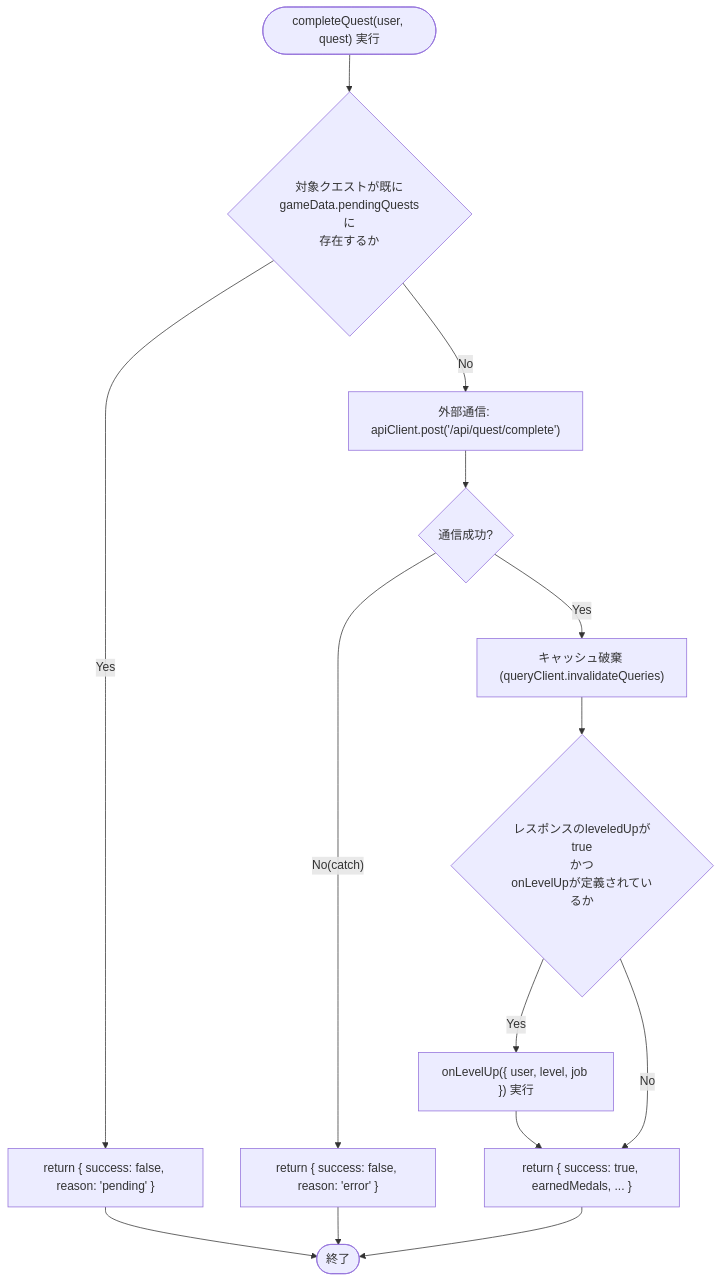
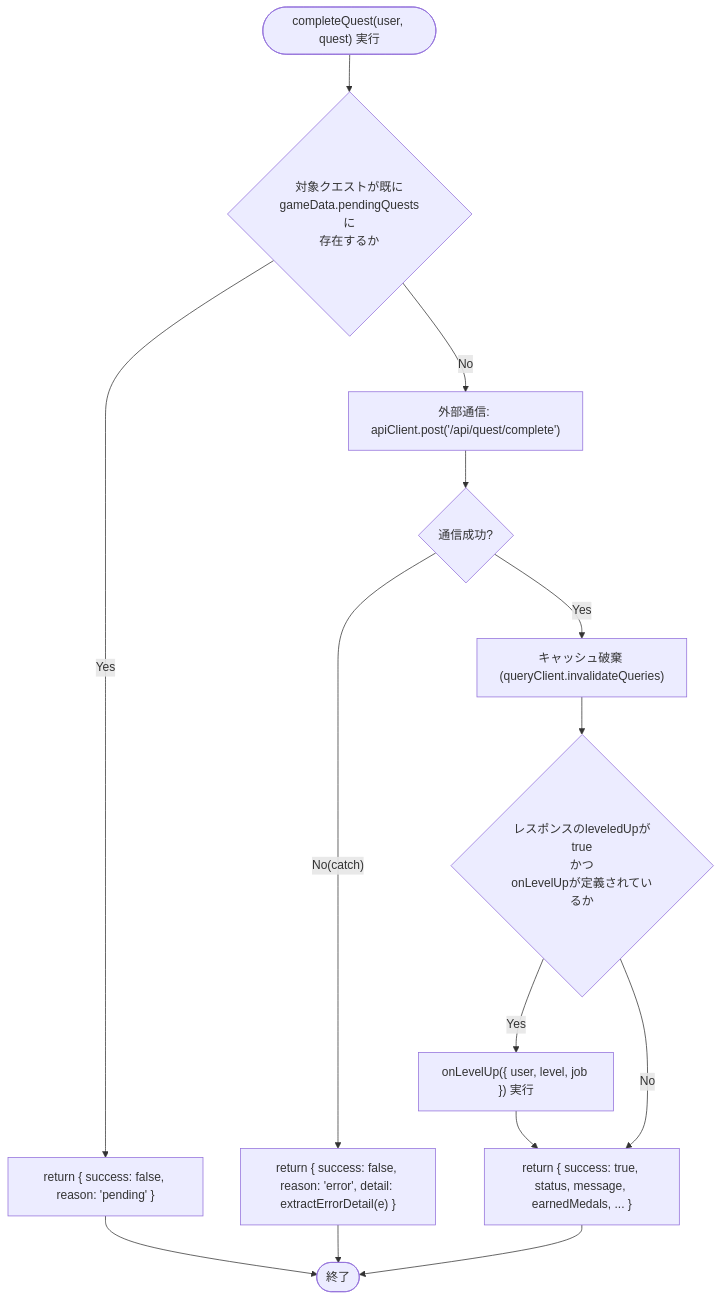
One commit to mmtigers/my_python_project changed the first of 2 diagrams in docs/specifications/family-quest/src/hooks/useGameData.md. Above: the diagram before and after it, drawn with Mermaid. The commit also changed other lines of this file and 47 other files, not shown here.

````diff
--- a/docs/specifications/family-quest/src/hooks/useGameData.md
+++ b/docs/specifications/family-quest/src/hooks/useGameData.md
@@ -310,17 +330,17 @@
 ```mermaid
 flowchart TD
     Start(["completeQuest(user, quest) 実行"]) --> CheckPending{"対象クエストが既に\ngameData.pendingQuestsに\n存在するか"}
     CheckPending -- Yes --> ReturnPending["return { success: false, reason: 'pending' }"]
     CheckPending -- No --> MutateAsync["外部通信: apiClient.post('/api/quest/complete')"]
     MutateAsync --> CheckSuccess{"通信成功?"}
-    CheckSuccess -- No(catch) --> ReturnError["return { success: false, reason: 'error' }"]
+    CheckSuccess -- No(catch) --> ReturnError["return { success: false, reason: 'error', detail: extractErrorDetail(e) }"]
     CheckSuccess -- Yes --> InvalidateCache["キャッシュ破棄 (queryClient.invalidateQueries)"]
     InvalidateCache --> CheckLevelUp{"レスポンスのleveledUpがtrue\nかつ\nonLevelUpが定義されているか"}
     CheckLevelUp -- Yes --> CallOnLevelUp["onLevelUp({ user, level, job }) 実行"]
-    CallOnLevelUp --> ReturnSuccess["return { success: true, earnedMedals, ... }"]
+    CallOnLevelUp --> ReturnSuccess["return { success: true, status, message, earnedMedals, ... }"]
     CheckLevelUp -- No --> ReturnSuccess
     ReturnError --> End(["終了"])
     ReturnPending --> End
     ReturnSuccess --> End
 
 ```
````
